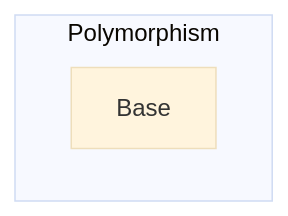
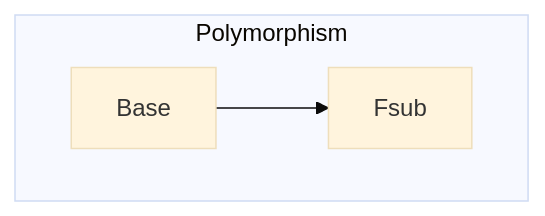
One commit to TiarkRompf/reachability changed the diagram in polymorphism/README.md. Above: the diagram before and after it, drawn with Mermaid (base theme). The commit also changed other lines of this file and 15 other files, not shown here.

````diff
--- a/polymorphism/README.md
+++ b/polymorphism/README.md
@@ -9,6 +10,8 @@
 ```mermaid
 graph TD
     subgraph poly[Polymorphism]
       Base
+      Fsub
     end
+    Base-->Fsub
 ```
````
